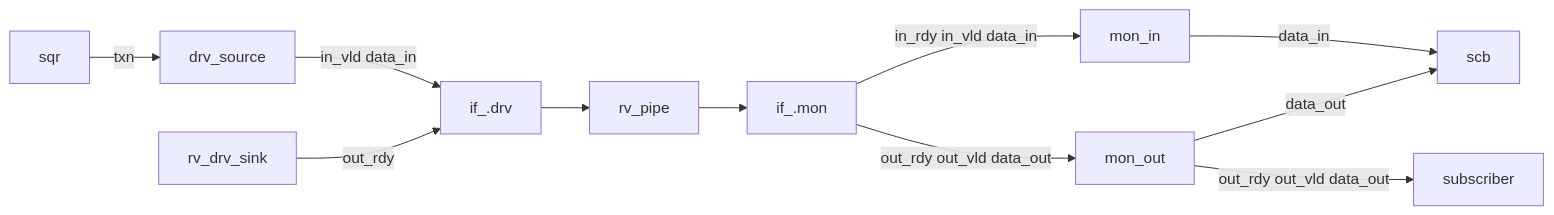
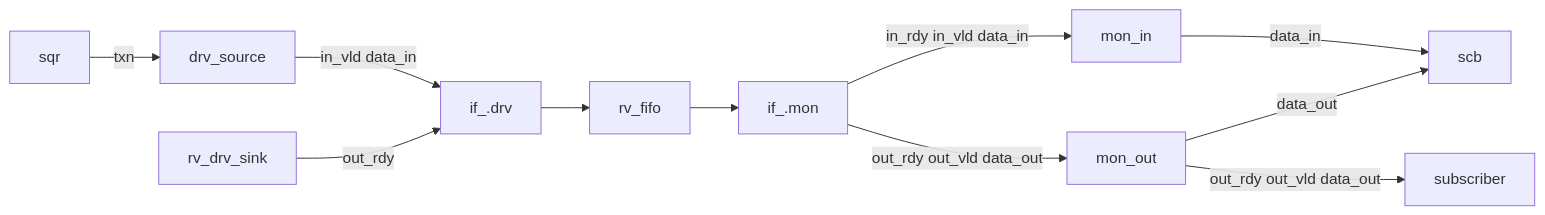
The second of 3 diagrams in RV_FIFO/README.md (a5071250717/UVM_PRATICE), drawn with Mermaid before and after one commit. The commit also changed other lines of this file, not shown here.

````diff
--- a/RV_FIFO/README.md
+++ b/RV_FIFO/README.md
@@ -31,24 +33,24 @@
 ```mermaid
 flowchart LR
   %% Sequencer -> Drivers
   rv_sqr["sqr"] -->|txn| rv_drv_source["drv_source"]
 
   %% Drivers -> IF 
   rv_drv_source["drv_source"] -->|in_vld data_in| rv_if.drv["if_.drv"]
   rv_drv_sink   -->|out_rdy| rv_if.drv["if_.drv"]
 
   %% DUT block
-  rv_if.drv --> RV_PIPE["rv_pipe"]
-  RV_PIPE["rv_pipe"] --> rv_if.mon
+  rv_if.drv --> RV_FIFO["rv_fifo"]
+  RV_FIFO["rv_fifo"] --> rv_if.mon
 
   %% IF to mon
   rv_if.mon["if_.mon"]  --> |in_rdy in_vld data_in|rv_mon_in["mon_in"]
   rv_if.mon["if_.mon"]  --> |out_rdy out_vld data_out|rv_mon_out["mon_out"]
 
   %% MON to SCB
   rv_mon_in  -->|data_in| rv_scb["scb"]
   rv_mon_out -->|data_out| rv_scb["scb"]
   %% MON to SUBSCRIBER
   rv_mon_out  -->|out_rdy out_vld data_out| rv_subscriber["subscriber"]
 
 ```
````
